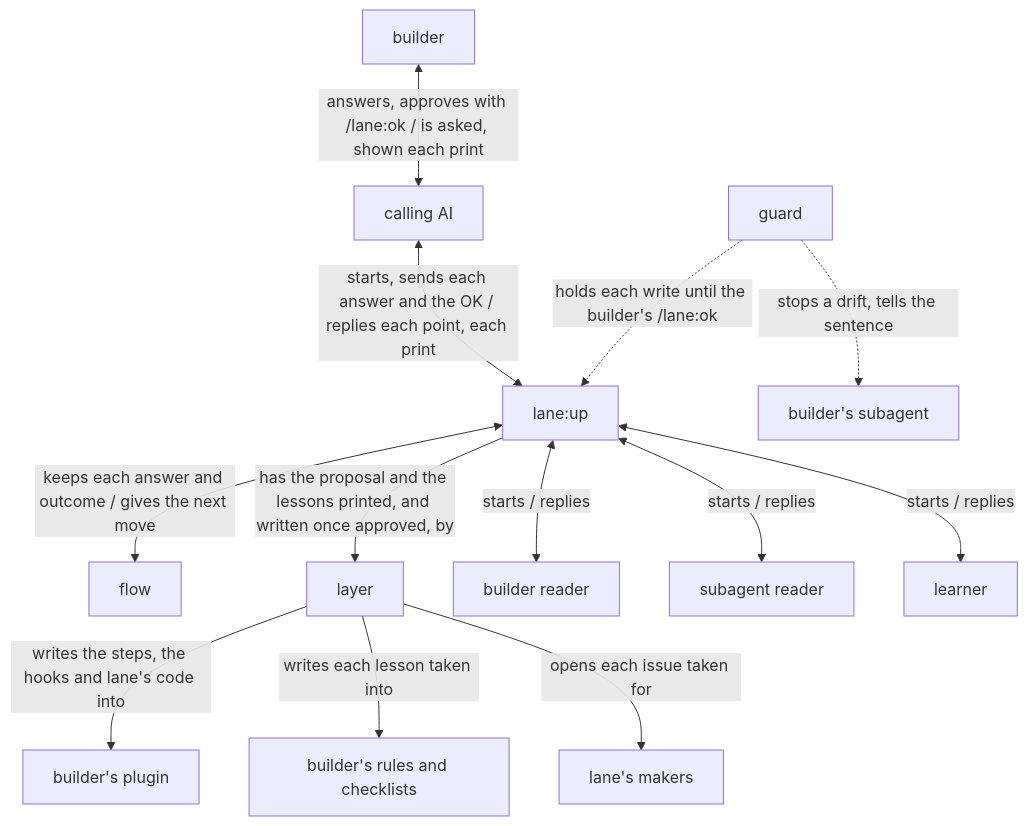
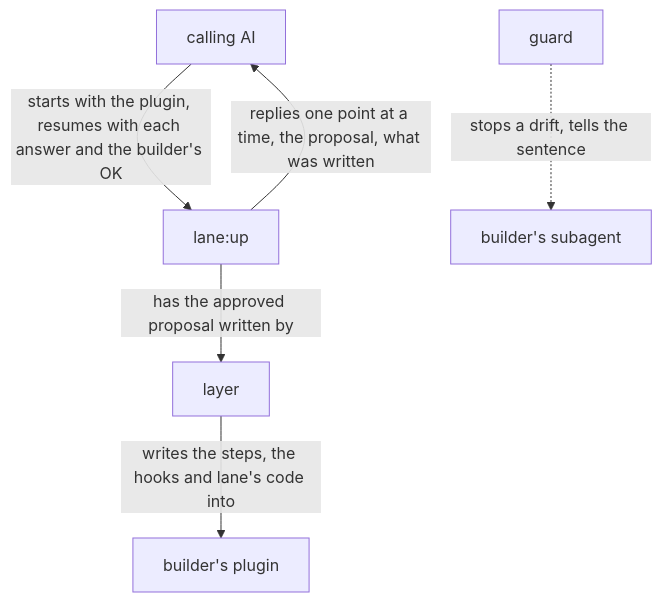
Before and after one commit to lovaizu/ccpm: the diagram in dev/lane/design.md, drawn with Mermaid. The commit also changed other lines of this file and 10 other files, not shown here.

Commit message:
turn, lane and rn designs, UXs and READMEs back to the agreed text with the principles linked, as the user chose: the changes were made unshown and without each plugin's user and purpose; steering state

````diff
--- a/dev/lane/design.md
+++ b/dev/lane/design.md
@@ -39,28 +32,14 @@
 ```mermaid
 flowchart TB
-  builder["builder"]
   caller["calling AI"]
   up["lane:up"]
-  flow["flow"]
   layer["layer"]
-  br["builder reader"]
-  sr["subagent reader"]
-  le["learner"]
   plugin["builder's plugin"]
-  rules["builder's rules and checklists"]
-  makers["lane's makers"]
   guard["guard"]
   sub["builder's subagent"]
-  builder <-->|answers, approves with /lane:ok / is asked, shown each print| caller
-  caller <-->|starts, sends each answer and the OK / replies each point, each print| up
-  up <-->|keeps each answer and outcome / gives the next move| flow
-  up -->|has the proposal and the lessons printed, and written once approved, by| layer
-  up <-->|starts / replies| br
-  up <-->|starts / replies| sr
-  up <-->|starts / replies| le
+  caller -->|starts with the plugin, resumes with each answer and the builder's OK| up
+  up -->|replies one point at a time, the proposal, what was written| caller
+  up -->|has the approved proposal written by| layer
   layer -->|writes the steps, the hooks and lane's code into| plugin
-  layer -->|writes each lesson taken into| rules
-  layer -->|opens each issue taken for| makers
-  guard -.->|holds each write until the builder's /lane:ok| up
   guard -.->|stops a drift, tells the sentence| sub
 ```
````
